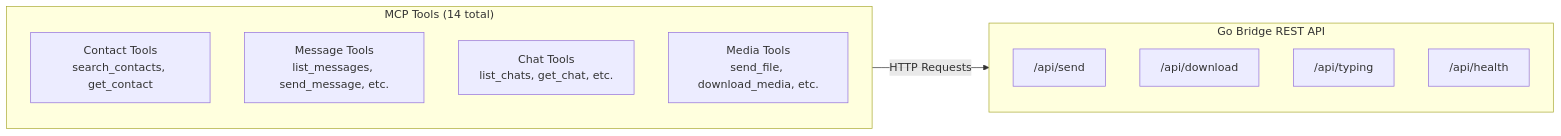
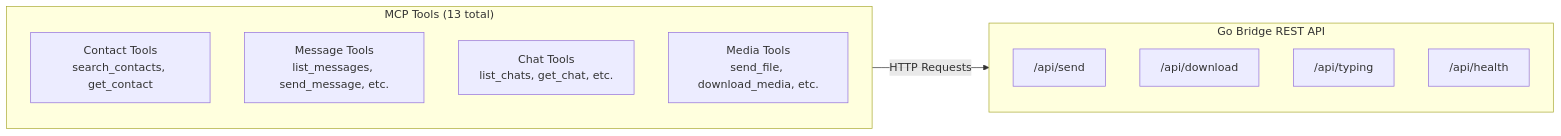
The second of 4 diagrams in README.md (wolff-singleton/whatsapp-mcp), drawn with Mermaid before and after one commit. The commit also changed other lines of this file, not shown here.

First line of the commit message:
README: Refresh MCP tool reference

````diff
--- a/README.md
+++ b/README.md
@@ -598,20 +609,20 @@
 ```mermaid
 flowchart LR
     subgraph GoAPI["Go Bridge REST API"]
         direction TB
         SEND["/api/send"]
         DOWN["/api/download"]
         TYPE["/api/typing"]
         HEALTH["/api/health"]
     end
 
-    subgraph MCPTools["MCP Tools (14 total)"]
+    subgraph MCPTools["MCP Tools (13 total)"]
         direction TB
         CONT["Contact Tools<br/>search_contacts, get_contact"]
         MSG["Message Tools<br/>list_messages, send_message, etc."]
         CHAT["Chat Tools<br/>list_chats, get_chat, etc."]
         MEDIA["Media Tools<br/>send_file, download_media, etc."]
     end
 
     MCPTools -->|HTTP Requests| GoAPI
 ```
````
